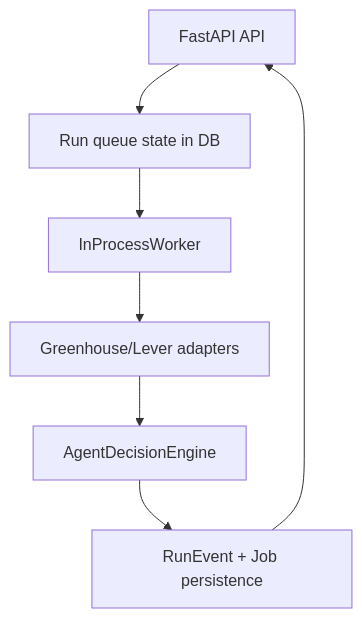
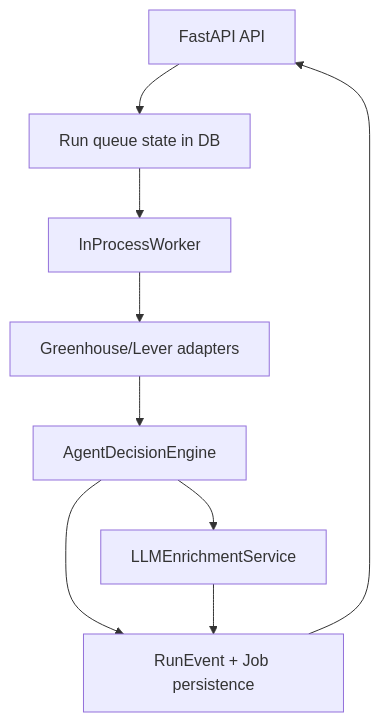
One commit to Francis1998/agentic-career-search changed the diagram in ARCHITECTURE.md. Above: the diagram before and after it, drawn with Mermaid. The commit also changed other lines of this file and 11 other files, not shown here.

````diff
--- a/ARCHITECTURE.md
+++ b/ARCHITECTURE.md
@@ -3,9 +3,11 @@
 ```mermaid
 flowchart TD
     API[FastAPI API] --> QUEUE[Run queue state in DB]
     QUEUE --> WORKER[InProcessWorker]
     WORKER --> ADAPTERS[Greenhouse/Lever adapters]
     ADAPTERS --> ENGINE[AgentDecisionEngine]
+    ENGINE --> LLM[LLMEnrichmentService]
     ENGINE --> STORE[RunEvent + Job persistence]
+    LLM --> STORE
     STORE --> API
 ```
````
